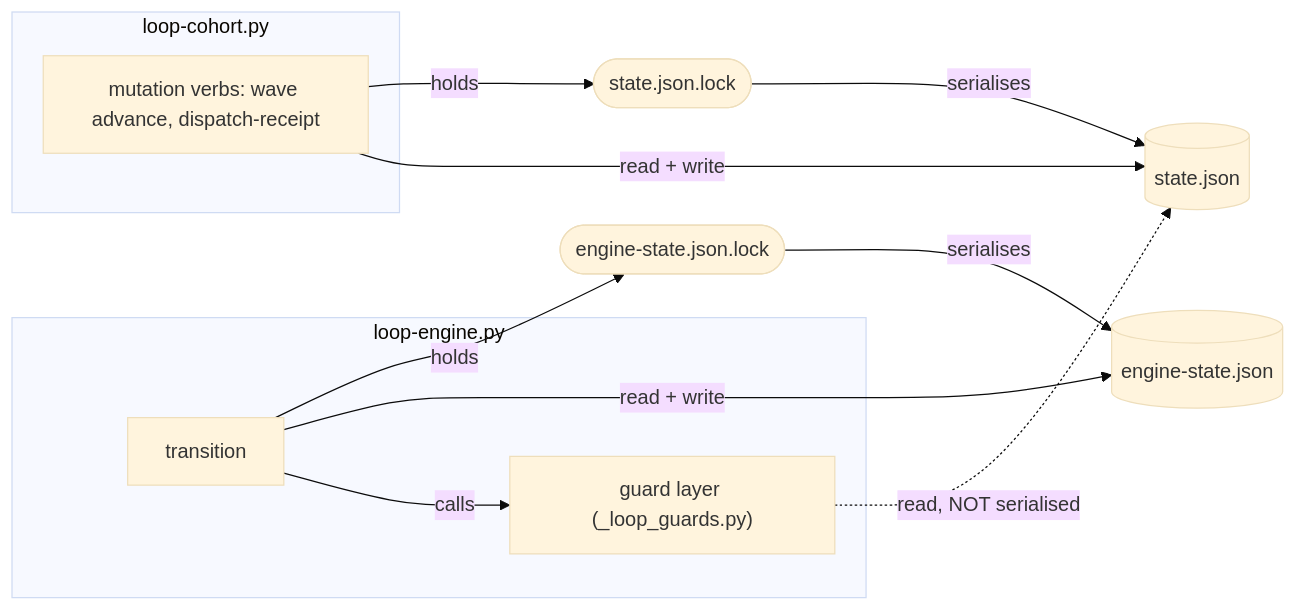
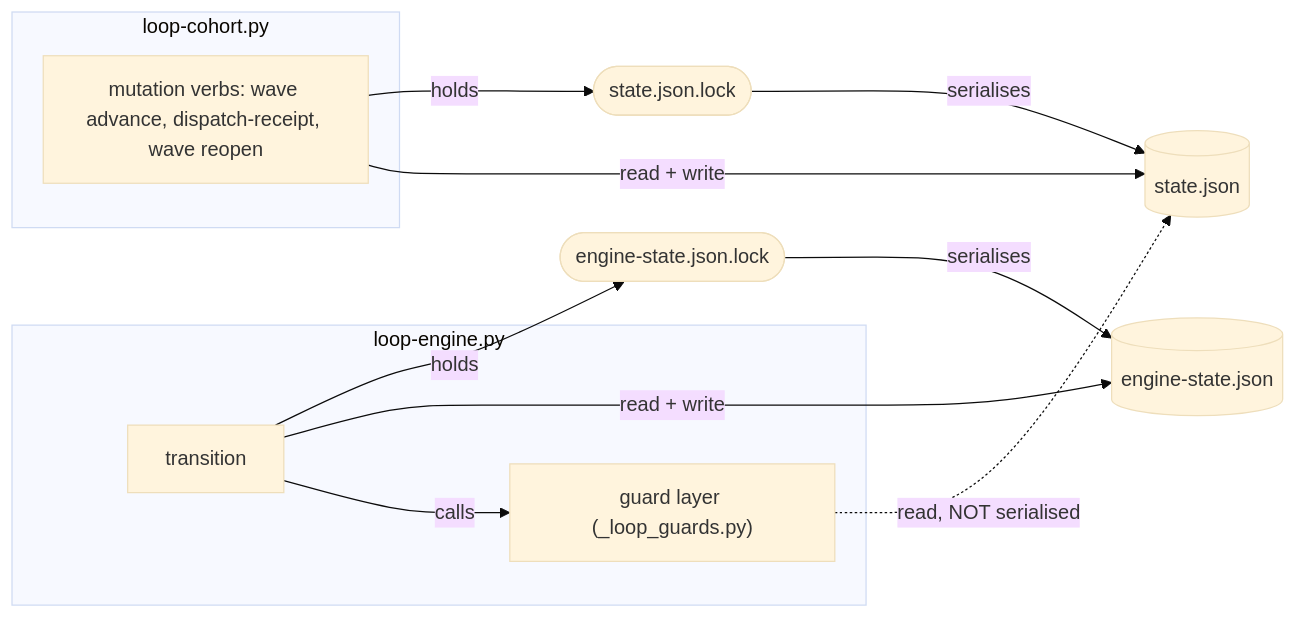
Before and after one commit to eugenelim/agent-ready-repo: the first of 4 diagrams in docs/architecture/loop-infrastructure.md, drawn with Mermaid (base theme). The commit also changed other lines of this file and 3 other files, not shown here.

````diff
--- a/docs/architecture/loop-infrastructure.md
+++ b/docs/architecture/loop-infrastructure.md
@@ -127,26 +127,26 @@
 ```mermaid
 flowchart LR
   subgraph EP["loop-engine.py"]
     ET["transition"]
     EG["guard layer (_loop_guards.py)"]
   end
   subgraph CP["loop-cohort.py"]
-    CV["mutation verbs: wave advance, dispatch-receipt"]
+    CV["mutation verbs: wave advance, dispatch-receipt, wave reopen"]
   end
 
   EL(["engine-state.json.lock"])
   CL(["state.json.lock"])
   ES[("engine-state.json")]
   CS[("state.json")]
 
   ET -- holds --> EL
   EL -- serialises --> ES
   ET -- "read + write" --> ES
   ET -- calls --> EG
 
   CV -- holds --> CL
   CL -- serialises --> CS
   CV -- "read + write" --> CS
 
   EG -. "read, NOT serialised" .-> CS
 ```
````
